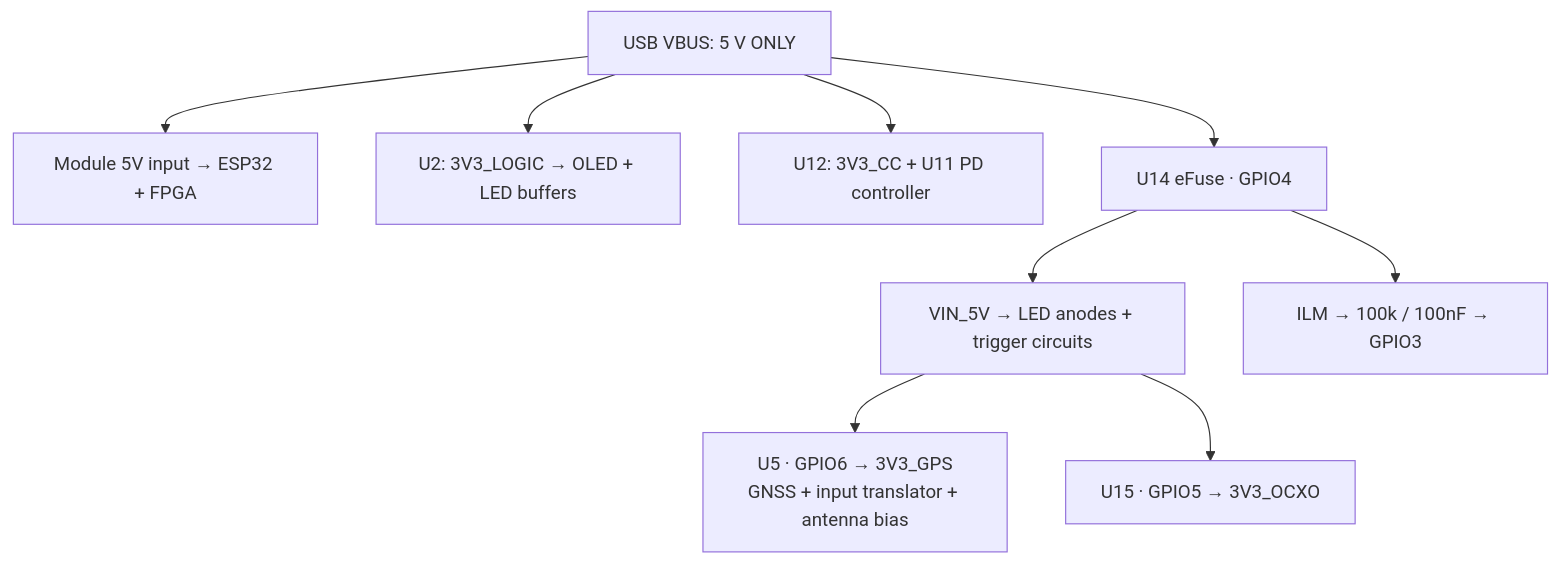
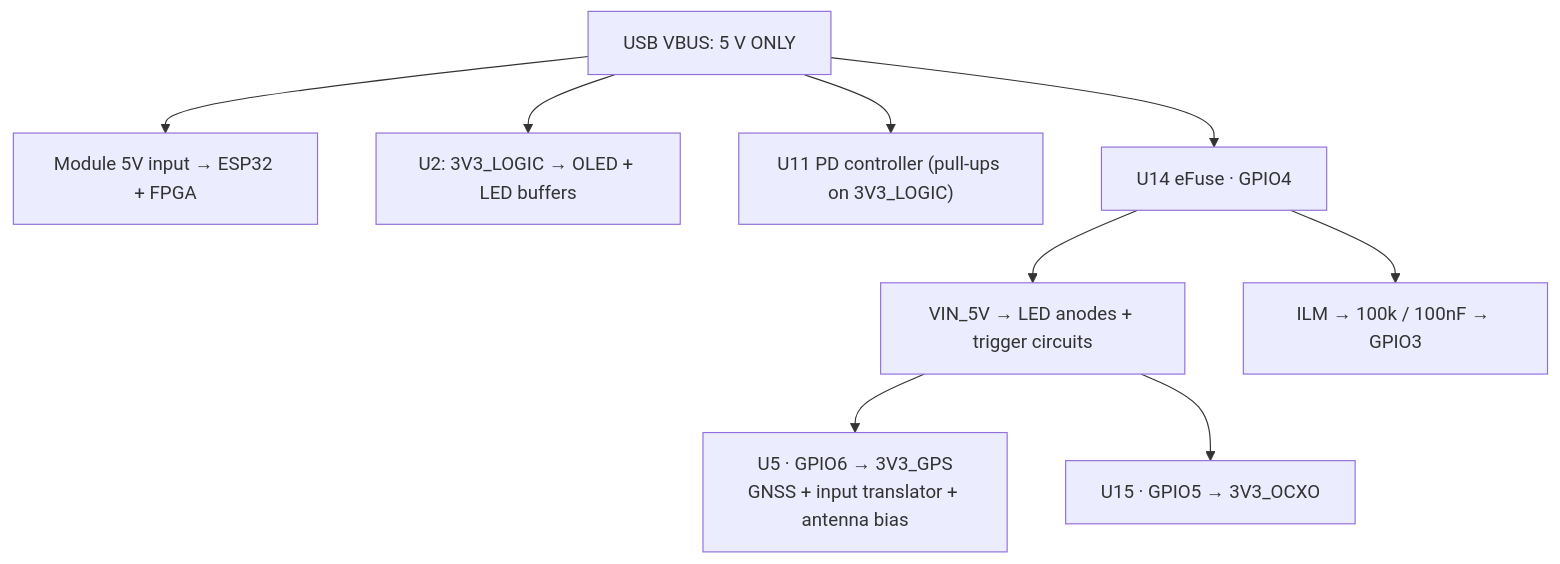
The second of 2 diagrams in boards/gps-time-calibrator/docs/integration/README.md (meawoppl/bp-test), drawn with Mermaid before and after one commit. The commit also changed other lines of this file and 19 other files, not shown here.

First line of the commit message:
Drop the 3V3_CC LDO and pull the PD I2C lines up to 3V3_LOGIC

````diff
--- a/boards/gps-time-calibrator/docs/integration/README.md
+++ b/boards/gps-time-calibrator/docs/integration/README.md
@@ -113,11 +113,11 @@
 ```mermaid
 flowchart TD
     USB["USB VBUS: 5 V ONLY"] --> MOD["Module 5V input → ESP32 + FPGA"]
     USB --> LOGIC["U2: 3V3_LOGIC → OLED + LED buffers"]
-    USB --> CC["U12: 3V3_CC + U11 PD controller"]
+    USB --> CC["U11 PD controller (pull-ups on 3V3_LOGIC)"]
     USB --> EF["U14 eFuse · GPIO4"]
     EF --> LOAD["VIN_5V → LED anodes + trigger circuits"]
     LOAD --> GPSL["U5 · GPIO6 → 3V3_GPS<br/>GNSS + input translator + antenna bias"]
     LOAD --> OL["U15 · GPIO5 → 3V3_OCXO"]
     EF --> ADC["ILM → 100k / 100nF → GPIO3"]
 ```
````
